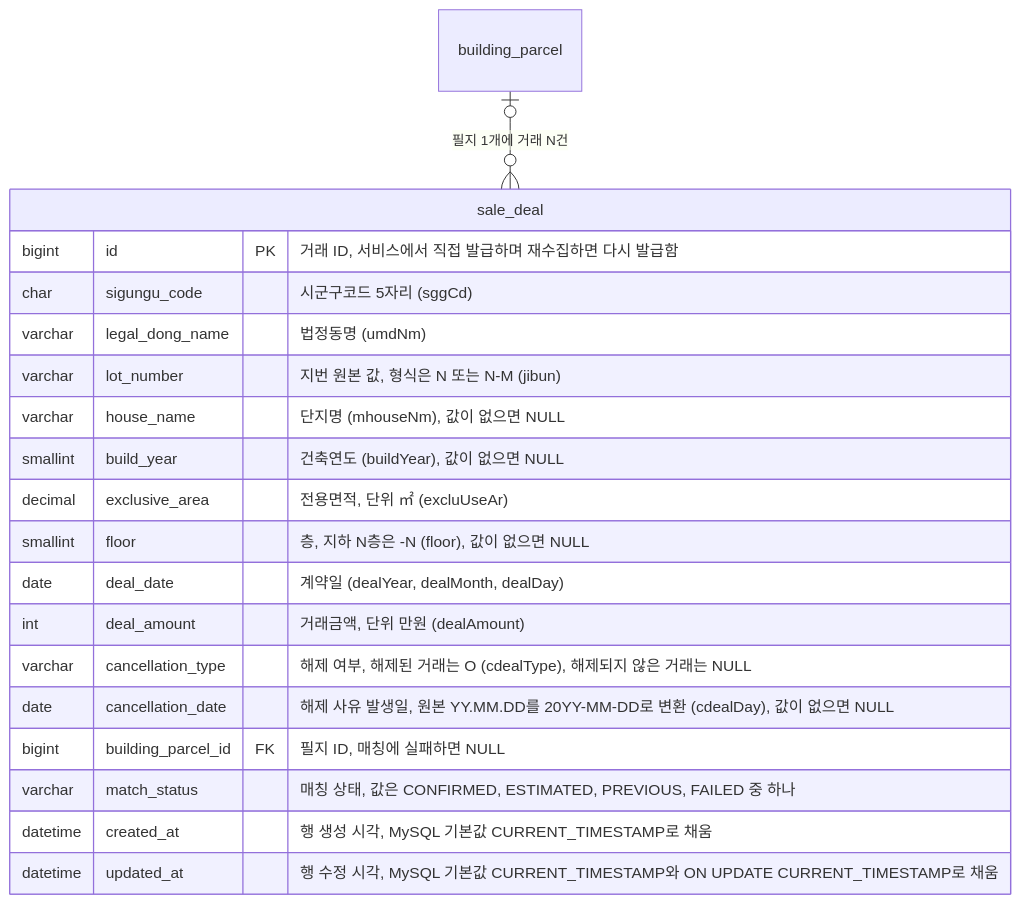
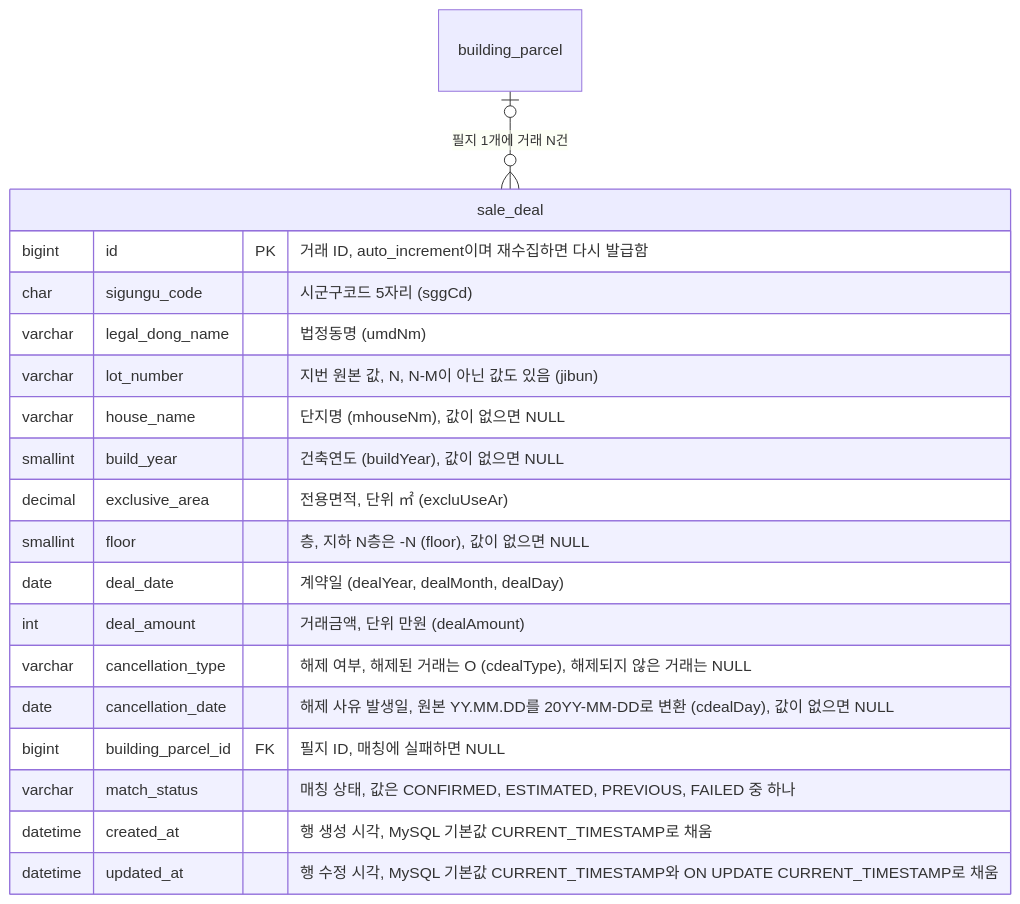
Before and after one commit to f-lab-edu/jipsee: the eighth of 13 diagrams in docs/erd.md, drawn with Mermaid. The commit also changed other lines of this file and 1 other file, not shown here.

````diff
--- a/docs/erd.md
+++ b/docs/erd.md
@@ -224,22 +224,22 @@
 ```mermaid
 erDiagram
     building_parcel |o--o{ sale_deal : "필지 1개에 거래 N건"
     sale_deal {
-        bigint id PK "거래 ID, 서비스에서 직접 발급하며 재수집하면 다시 발급함"
+        bigint id PK "거래 ID, auto_increment이며 재수집하면 다시 발급함"
         char sigungu_code "시군구코드 5자리 (sggCd)"
         varchar legal_dong_name "법정동명 (umdNm)"
-        varchar lot_number "지번 원본 값, 형식은 N 또는 N-M (jibun)"
+        varchar lot_number "지번 원본 값, N, N-M이 아닌 값도 있음 (jibun)"
         varchar house_name "단지명 (mhouseNm), 값이 없으면 NULL"
         smallint build_year "건축연도 (buildYear), 값이 없으면 NULL"
         decimal exclusive_area "전용면적, 단위 ㎡ (excluUseAr)"
         smallint floor "층, 지하 N층은 -N (floor), 값이 없으면 NULL"
         date deal_date "계약일 (dealYear, dealMonth, dealDay)"
         int deal_amount "거래금액, 단위 만원 (dealAmount)"
         varchar cancellation_type "해제 여부, 해제된 거래는 O (cdealType), 해제되지 않은 거래는 NULL"
         date cancellation_date "해제 사유 발생일, 원본 YY.MM.DD를 20YY-MM-DD로 변환 (cdealDay), 값이 없으면 NULL"
         bigint building_parcel_id FK "필지 ID, 매칭에 실패하면 NULL"
         varchar match_status "매칭 상태, 값은 CONFIRMED, ESTIMATED, PREVIOUS, FAILED 중 하나"
         datetime created_at "행 생성 시각, MySQL 기본값 CURRENT_TIMESTAMP로 채움"
         datetime updated_at "행 수정 시각, MySQL 기본값 CURRENT_TIMESTAMP와 ON UPDATE CURRENT_TIMESTAMP로 채움"
     }
 ```
````
